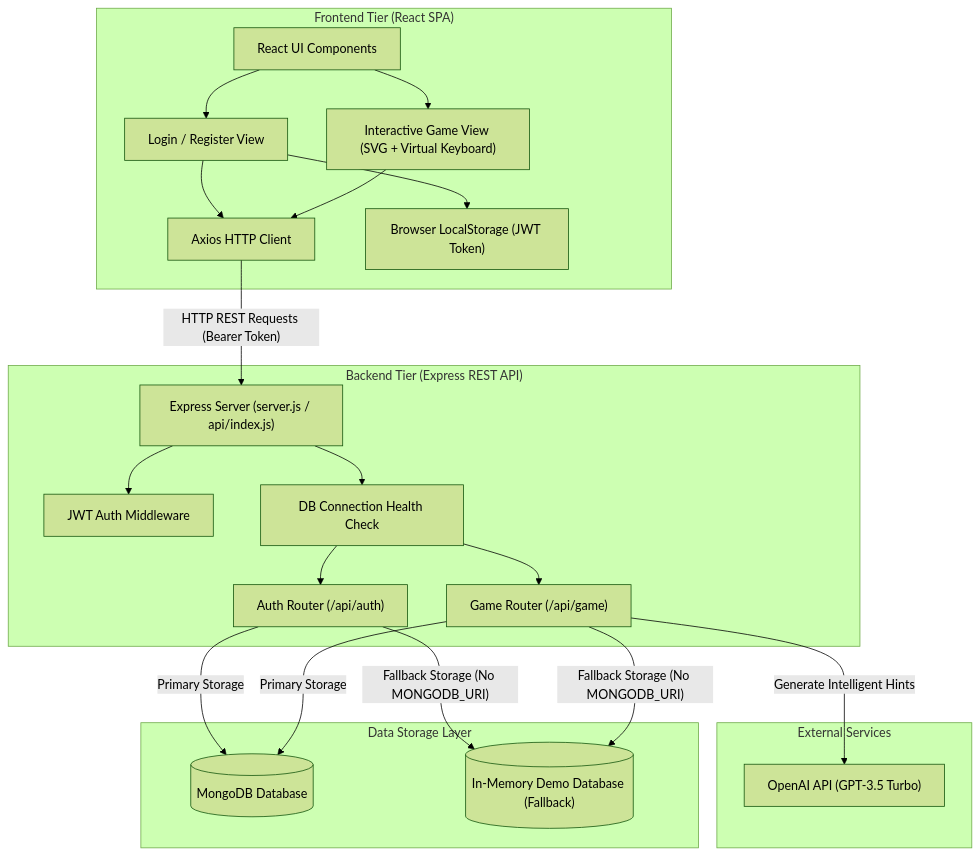
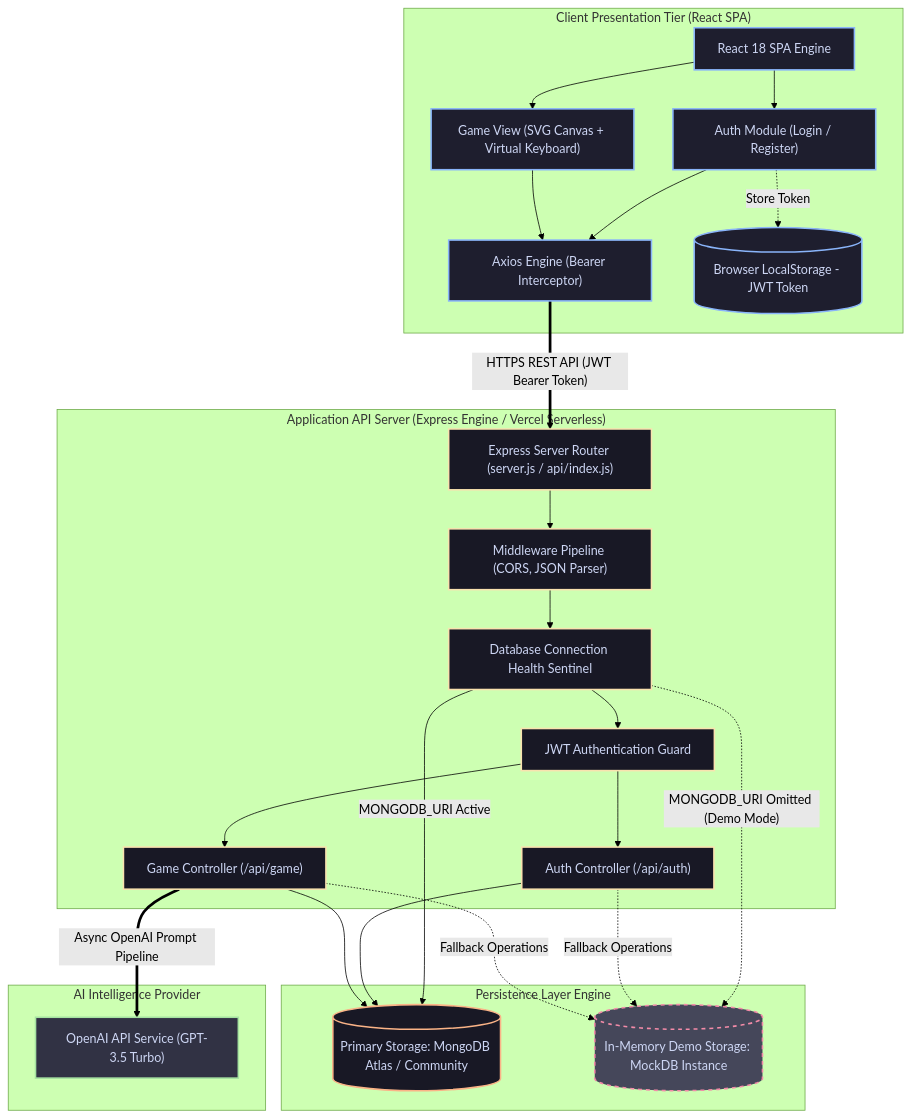
One commit to nagurbabu135-glitch/CodeAlpha_Hangman changed the first of 2 diagrams in README.md. Above: the diagram before and after it, drawn with Mermaid (forest theme). The commit also changed other lines of this file, not shown here.

Commit message:
docs: enhance README with professional styled Mermaid topology & sequence diagrams

````diff
--- a/README.md
+++ b/README.md
@@ -33,43 +35,56 @@
 ```mermaid
 graph TD
-    subgraph Frontend ["Frontend Tier (React SPA)"]
-        UI["React UI Components"]
-        AuthView["Login / Register View"]
-        GameView["Interactive Game View (SVG + Virtual Keyboard)"]
-        Axios["Axios HTTP Client"]
-        LocalStorage["Browser LocalStorage (JWT Token)"]
-        
-        UI --> AuthView
-        UI --> GameView
-        AuthView --> Axios
-        GameView --> Axios
-        AuthView --> LocalStorage
+    %% Custom Styling Definitions
+    classDef clientStyle fill:#1e1e2e,stroke:#89b4fa,stroke-width:2px,color:#cdd6f4;
+    classDef serverStyle fill:#181825,stroke:#f9e2af,stroke-width:2px,color:#cdd6f4;
+    classDef aiStyle fill:#313244,stroke:#a6e3a1,stroke-width:2px,color:#cdd6f4;
+    classDef dbStyle fill:#181825,stroke:#fab387,stroke-width:2px,color:#cdd6f4;
+    classDef fallbackStyle fill:#45475a,stroke:#f38ba8,stroke-width:2px,color:#cdd6f4,stroke-dasharray: 5 5;
+
+    subgraph Client ["Client Presentation Tier (React SPA)"]
+        UI["React 18 SPA Engine"]:::clientStyle
+        AuthComp["Auth Module (Login / Register)"]:::clientStyle
+        GameComp["Game View (SVG Canvas + Virtual Keyboard)"]:::clientStyle
+        HttpClient["Axios Engine (Bearer Interceptor)"]:::clientStyle
+        SessionStore[("Browser LocalStorage - JWT Token")]:::clientStyle
+
+        UI --> AuthComp
+        UI --> GameComp
+        AuthComp --> HttpClient
+        GameComp --> HttpClient
+        AuthComp -. Store Token .-> SessionStore
     end
 
-    subgraph Backend ["Backend Tier (Express REST API)"]
-        Server["Express Server (server.js / api/index.js)"]
-        AuthMiddleware["JWT Auth Middleware"]
-        DbCheckMiddleware["DB Connection Health Check"]
-        AuthRouter["Auth Router (/api/auth)"]
-        GameRouter["Game Router (/api/game)"]
-        
-        Server --> AuthMiddleware
-        Server --> DbCheckMiddleware
-        DbCheckMiddleware --> AuthRouter
-        DbCheckMiddleware --> GameRouter
+    subgraph API ["Application API Server (Express Engine / Vercel Serverless)"]
+        Gateway["Express Server Router (server.js / api/index.js)"]:::serverStyle
+        MiddlewareChain["Middleware Pipeline (CORS, JSON Parser)"]:::serverStyle
+        JWTAuth["JWT Authentication Guard"]:::serverStyle
+        HealthCheck["Database Connection Health Sentinel"]:::serverStyle
+        AuthRoutes["Auth Controller (/api/auth)"]:::serverStyle
+        GameRoutes["Game Controller (/api/game)"]:::serverStyle
+
+        Gateway --> MiddlewareChain
+        MiddlewareChain --> HealthCheck
+        HealthCheck --> JWTAuth
+        JWTAuth --> AuthRoutes
+        JWTAuth --> GameRoutes
     end
 
-    subgraph External ["External Services"]
-        OpenAI["OpenAI API (GPT-3.5 Turbo)"]
+    subgraph External ["AI Intelligence Provider"]
+        OpenAI["OpenAI API Service (GPT-3.5 Turbo)"]:::aiStyle
     end
 
-    subgraph Data ["Data Storage Layer"]
-        MongoDB[("MongoDB Database")]
-        MockDB[("In-Memory Demo Database (Fallback)")]
+    subgraph Persistence ["Persistence Layer Engine"]
+        MongoDB[("Primary Storage: MongoDB Atlas / Community")]:::dbStyle
+        MockDB[("In-Memory Demo Storage: MockDB Instance")]:::fallbackStyle
     end
 
-    Axios -- "HTTP REST Requests (Bearer Token)" --> Server
-    GameRouter -- "Generate Intelligent Hints" --> OpenAI
-    AuthRouter & GameRouter -- "Primary Storage" --> MongoDB
-    AuthRouter & GameRouter -- "Fallback Storage (No MONGODB_URI)" --> MockDB
+    HttpClient == "HTTPS REST API (JWT Bearer Token)" ==> Gateway
+    GameRoutes == "Async OpenAI Prompt Pipeline" ==> OpenAI
+    
+    HealthCheck -- "MONGODB_URI Active" --> MongoDB
+    HealthCheck -. "MONGODB_URI Omitted (Demo Mode)" .-> MockDB
+    
+    AuthRoutes & GameRoutes --> MongoDB
+    AuthRoutes & GameRoutes -. "Fallback Operations" .-> MockDB
 ```
````
